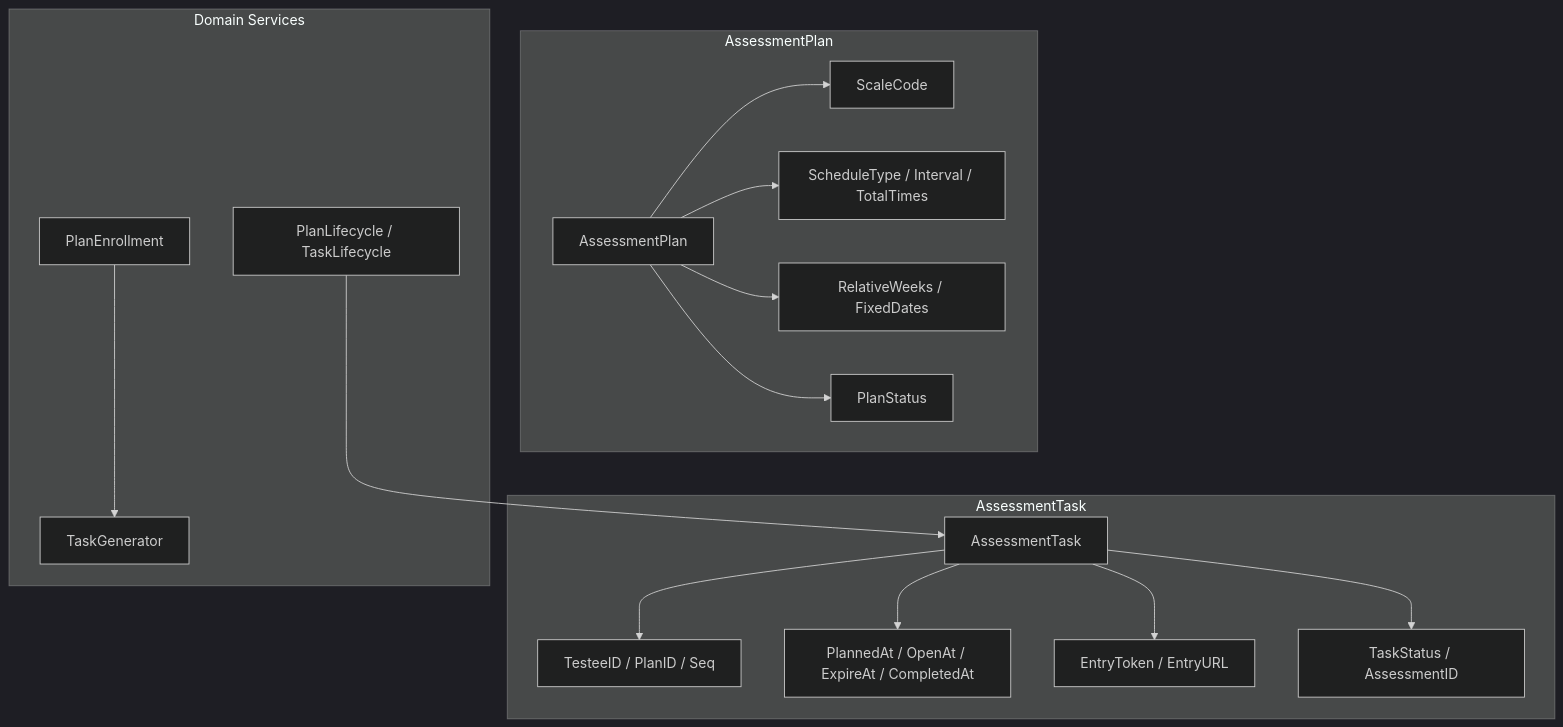
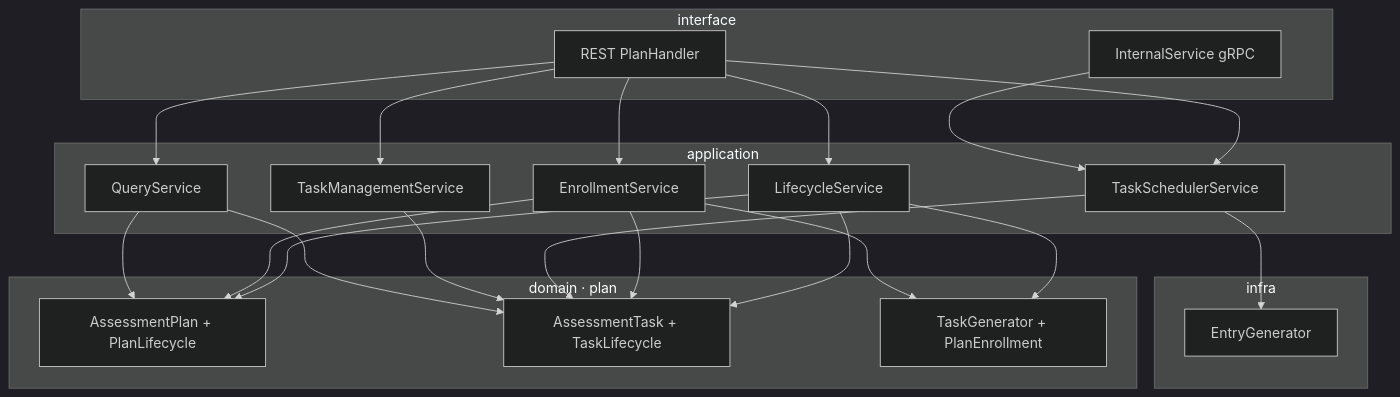
One commit to FangcunMount/qs-server changed the third of 4 diagrams in docs/02-业务模块/04-plan.md. Above: the diagram before and after it, drawn with Mermaid (dark theme). The commit also changed other lines of this file and 34 other files, not shown here.

````diff
--- a/docs/02-业务模块/04-plan.md
+++ b/docs/02-业务模块/04-plan.md
@@ -92,35 +155,44 @@
 ```mermaid
-flowchart TD
-    subgraph planAggregate[AssessmentPlan]
-        plan[AssessmentPlan]
-        scaleRef[ScaleCode]
-        schedule[ScheduleType / Interval / TotalTimes]
-        custom[RelativeWeeks / FixedDates]
-        status[PlanStatus]
+flowchart TB
+    subgraph IF[interface]
+        REST[REST PlanHandler]
+        IG[InternalService gRPC]
     end
 
-    subgraph taskEntity[AssessmentTask]
-        task[AssessmentTask]
-        refs[TesteeID / PlanID / Seq]
-        timing[PlannedAt / OpenAt / ExpireAt / CompletedAt]
-        entry[EntryToken / EntryURL]
-        result[TaskStatus / AssessmentID]
+    subgraph APP[application]
+        LSV[LifecycleService]
+        ENV[EnrollmentService]
+        SCH[TaskSchedulerService]
+        MGT[TaskManagementService]
+        QSV[QueryService]
     end
 
-    subgraph services[Domain Services]
-        enrollment[PlanEnrollment]
-        generator[TaskGenerator]
-        lifecycle[PlanLifecycle / TaskLifecycle]
+    subgraph DOM[domain · plan]
+        PL[AssessmentPlan + PlanLifecycle]
+        TK[AssessmentTask + TaskLifecycle]
+        GEN[TaskGenerator + PlanEnrollment]
     end
 
-    plan --> scaleRef
-    plan --> schedule
-    plan --> custom
-    plan --> status
-    task --> refs
-    task --> timing
-    task --> entry
-    task --> result
-    enrollment --> generator
-    lifecycle --> task
+    subgraph INF[infra]
+        EG[EntryGenerator]
+    end
+
+    REST --> LSV
+    REST --> ENV
+    REST --> SCH
+    REST --> MGT
+    REST --> QSV
+    IG --> SCH
+
+    LSV --> PL
+    LSV --> TK
+    LSV --> GEN
+    ENV --> PL
+    ENV --> GEN
+    ENV --> TK
+    SCH --> TK
+    SCH --> EG
+    MGT --> TK
+    QSV --> PL
+    QSV --> TK
 ```
````
